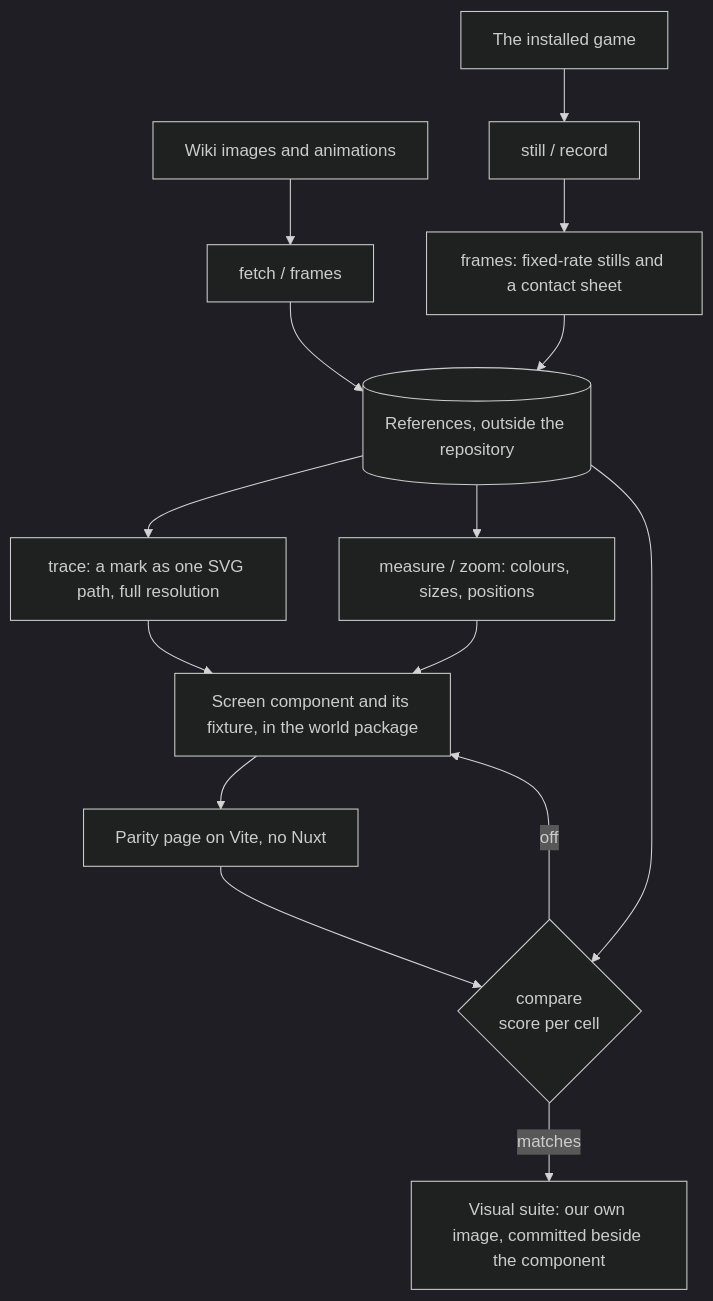
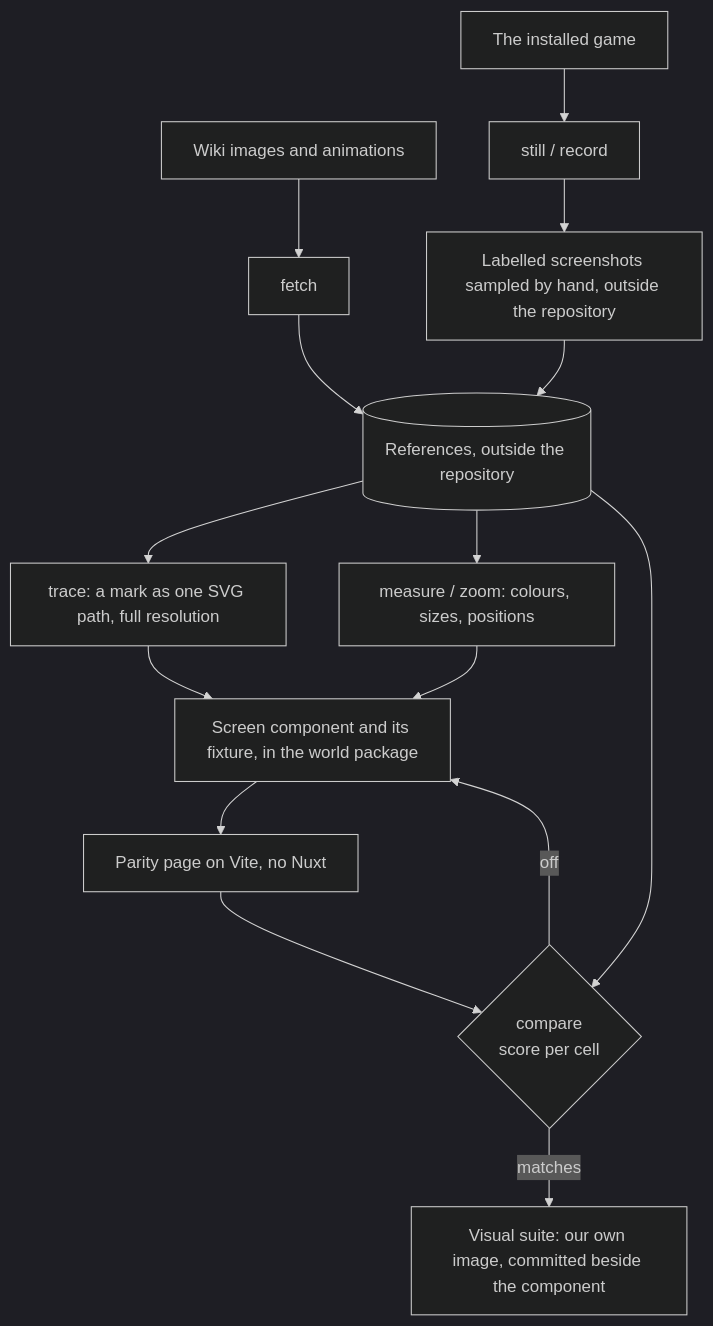
Before and after one commit to Esposter/Esposter: the diagram in openspec/specs/genshin/parity/README.md, drawn with Mermaid (dark theme). The commit also changed other lines of this file and 42 other files, not shown here.

First line of the commit message:
docs(genshin-parity): the specs, skill and open changes say a reference is a screenshot sampled by hand

````diff
--- a/openspec/specs/genshin/parity/README.md
+++ b/openspec/specs/genshin/parity/README.md
@@ -7,17 +7,17 @@
 ```mermaid
 flowchart TD
-  WIKI[Wiki images and animations] --> FETCH[fetch / frames]
+  WIKI[Wiki images and animations] --> FETCH[fetch]
   GAME[The installed game] --> CAP[still / record]
-  CAP --> FRAMES[frames: fixed-rate stills and a contact sheet]
+  CAP --> SAMPLE[Labelled screenshots sampled by hand, outside the repository]
   FETCH --> REF[(References, outside the repository)]
-  FRAMES --> REF
+  SAMPLE --> REF
   REF --> TRACE[trace: a mark as one SVG path, full resolution]
   TRACE --> SCREEN[Screen component and its fixture, in the world package]
   REF --> MEASURE[measure / zoom: colours, sizes, positions]
   MEASURE --> SCREEN
   SCREEN --> PAGE[Parity page on Vite, no Nuxt]
   PAGE --> COMPARE{compare<br/>score per cell}
   REF --> COMPARE
   COMPARE -->|off| SCREEN
   COMPARE -->|matches| VISUAL[Visual suite: our own image, committed beside the component]
 ```
````
